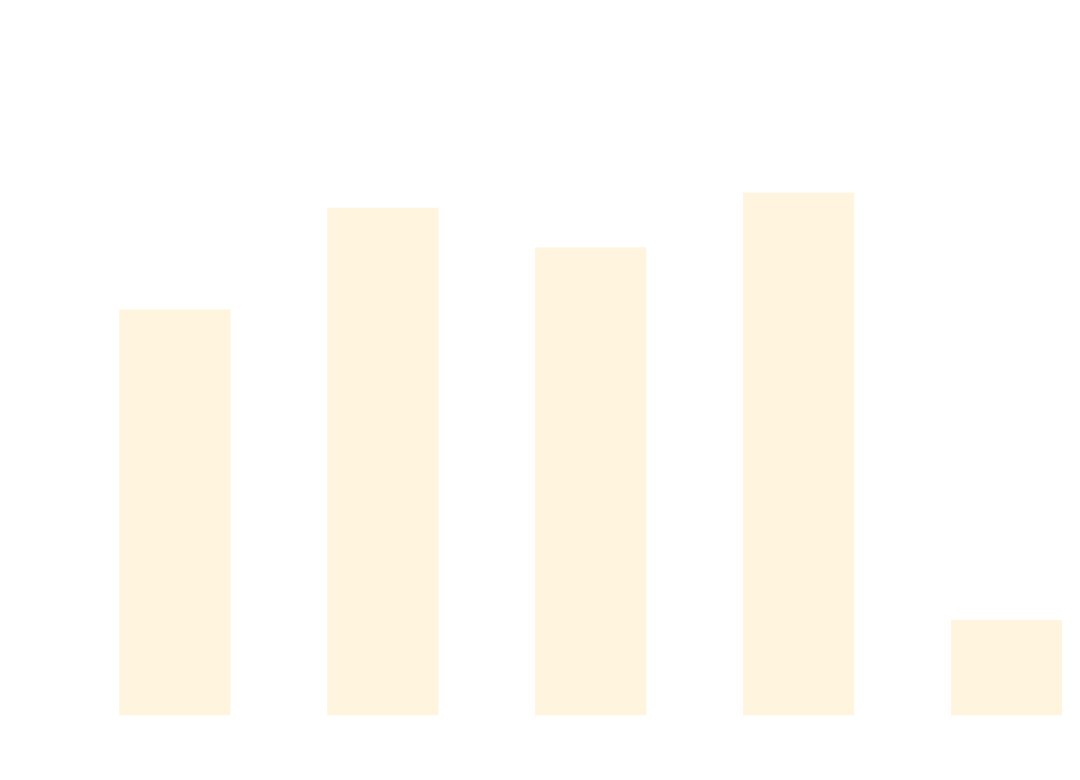
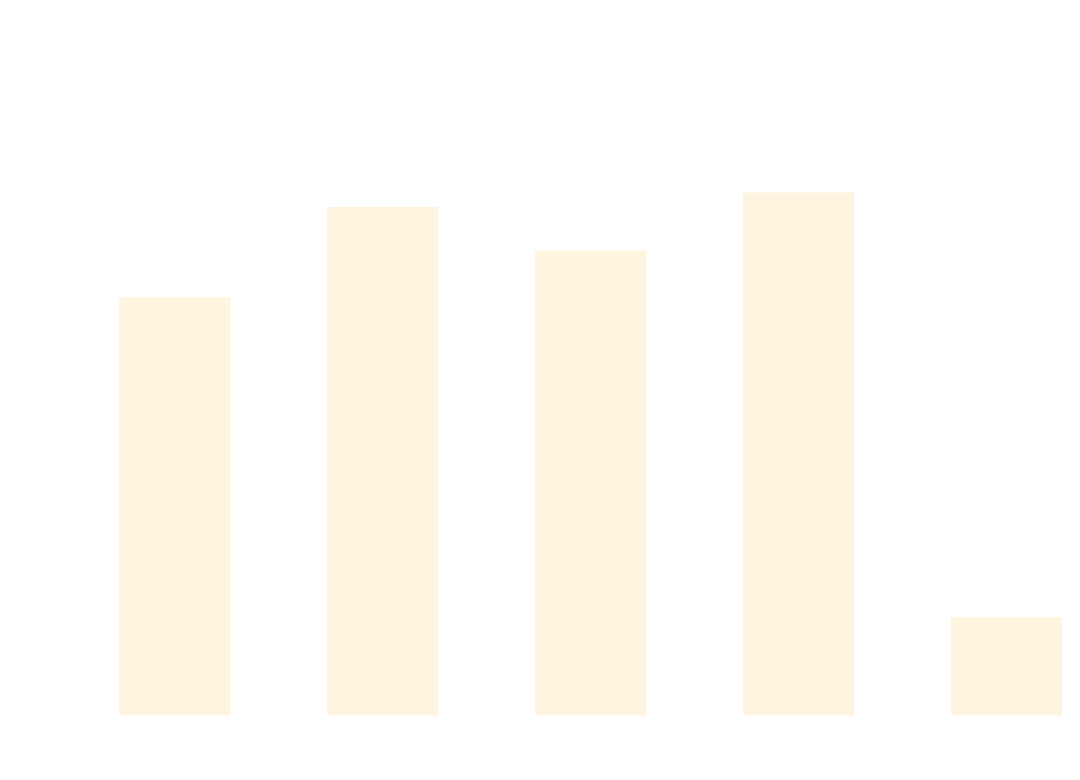
The diagram in docs/docs/benchmarks/AsyncTests.md (thomhurst/TUnit), drawn with Mermaid before and after one commit. The commit also changed other lines of this file and 17 other files, not shown here.

````diff
--- a/docs/docs/benchmarks/AsyncTests.md
+++ b/docs/docs/benchmarks/AsyncTests.md
@@ -27,37 +27,37 @@
 ```mermaid
 %%{init: {
   'theme':'base',
   'themeVariables': {
     'primaryColor': '#2563eb',
     'primaryTextColor': '#ffffff',
     'primaryBorderColor': '#1e40af',
     'lineColor': '#6b7280',
     'secondaryColor': '#7c3aed',
     'tertiaryColor': '#dc2626',
     'background': '#ffffff',
     'mainBkg': '#2563eb',
     'secondBkg': '#7c3aed',
     'tertiaryBkg': '#dc2626',
     'clusterBkg': '#f3f4f6',
     'edgeLabelBackground': '#ffffff',
     'tertiaryTextColor': '#1f2937',
     'pie1': '#2563eb',
     'pie2': '#7c3aed',
     'pie3': '#dc2626',
     'pie4': '#f59e0b',
     'pie5': '#10b981',
     'pie6': '#06b6d4',
     'pie7': '#ec4899',
     'pie8': '#6366f1',
     'pie9': '#84cc16',
     'pie10': '#f97316',
     'pie11': '#14b8a6',
     'pie12': '#a855f7'
   }
 }}%%
 xychart-beta
   title "AsyncTests Performance Comparison"
   x-axis ["TUnit", "NUnit", "MSTest", "xUnit3", "TUnit_AOT"]
-  y-axis "Time (ms)" 0 --> 917
-  bar [588.9, 741, 681.8, 763.6, 124.8]
+  y-axis "Time (ms)" 0 --> 881
+  bar [583.4, 713, 650.1, 733.8, 123.9]
 ```
````
